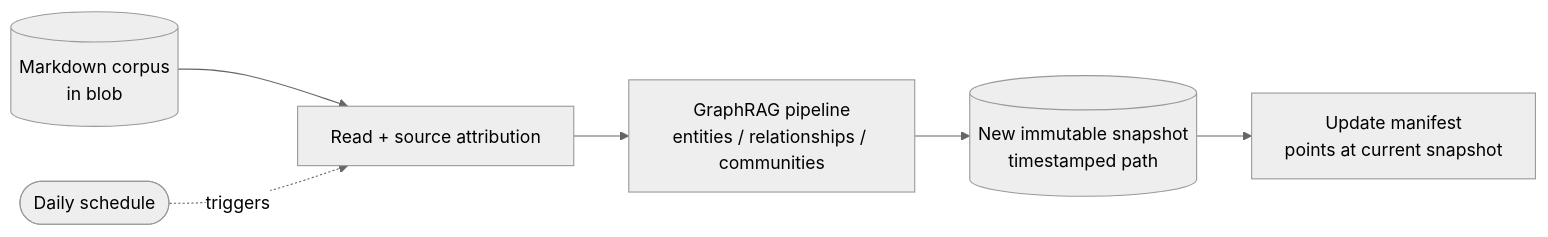
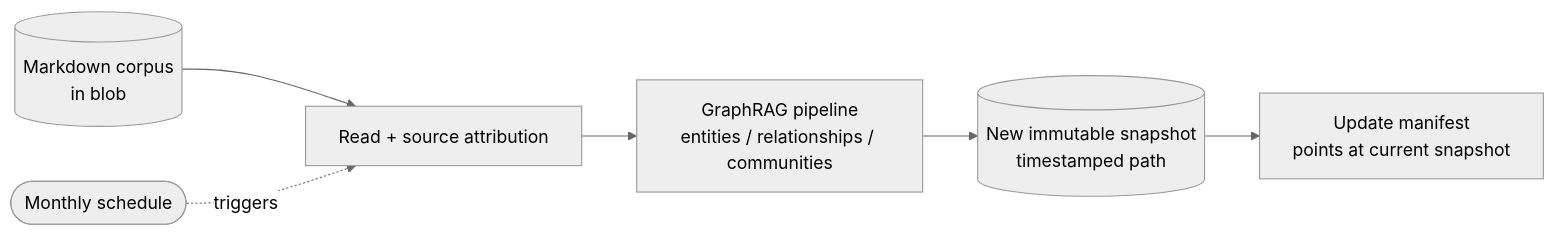
One commit to Azure/azure-sdk-tools changed the second of 3 diagrams in tools/sdk-ai-bots/docs/graphrag_retrieval_design.md. Above: the diagram before and after it, drawn with Mermaid (neutral theme). The commit also changed other lines of this file and 2 other files, not shown here.

First line of the commit message:
graph-sync: change build schedule from daily to monthly

````diff
--- a/tools/sdk-ai-bots/docs/graphrag_retrieval_design.md
+++ b/tools/sdk-ai-bots/docs/graphrag_retrieval_design.md
@@ -66,8 +66,8 @@
 ```mermaid
 flowchart LR
     corpus[(Markdown corpus<br/>in blob)] --> read[Read + source attribution]
     read --> pipe[GraphRAG pipeline<br/>entities / relationships / communities]
     pipe --> snap[(New immutable snapshot<br/>timestamped path)]
     snap --> man[Update manifest<br/>points at current snapshot]
-    sched([Daily schedule]) -. triggers .-> read
+    sched([Monthly schedule]) -. triggers .-> read
 ```
````
